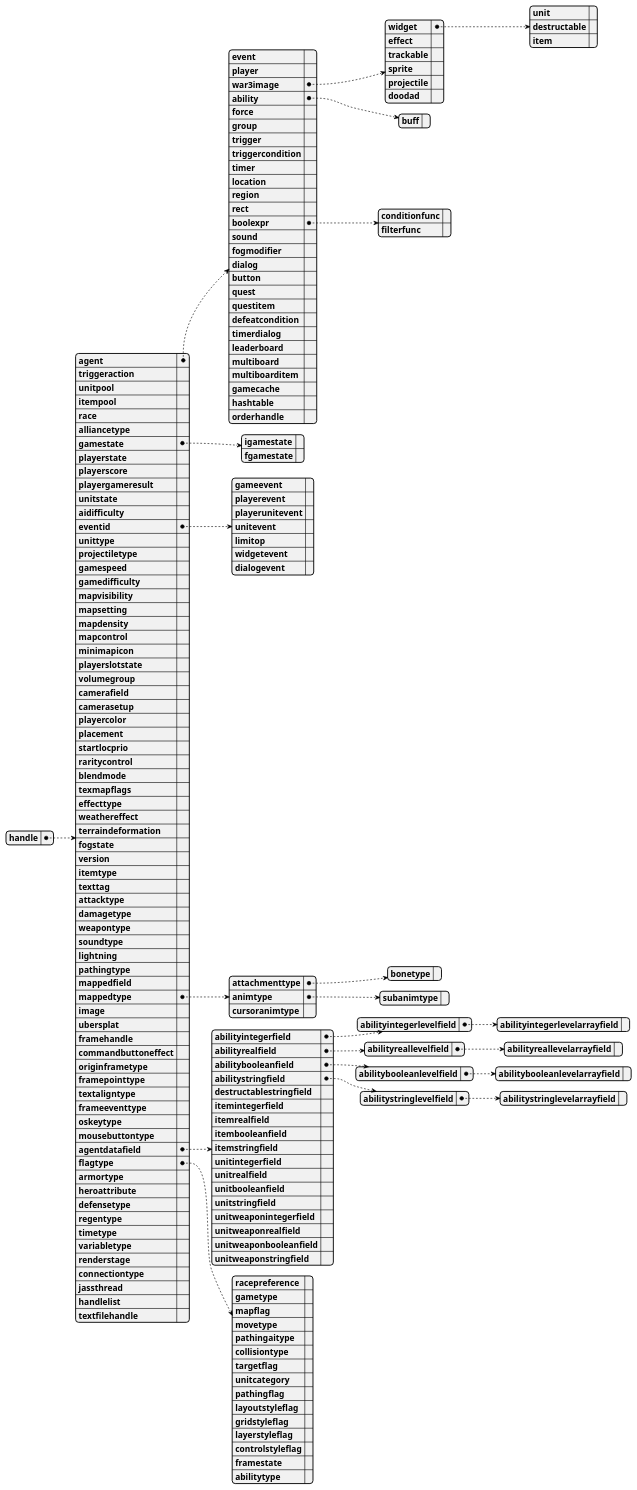
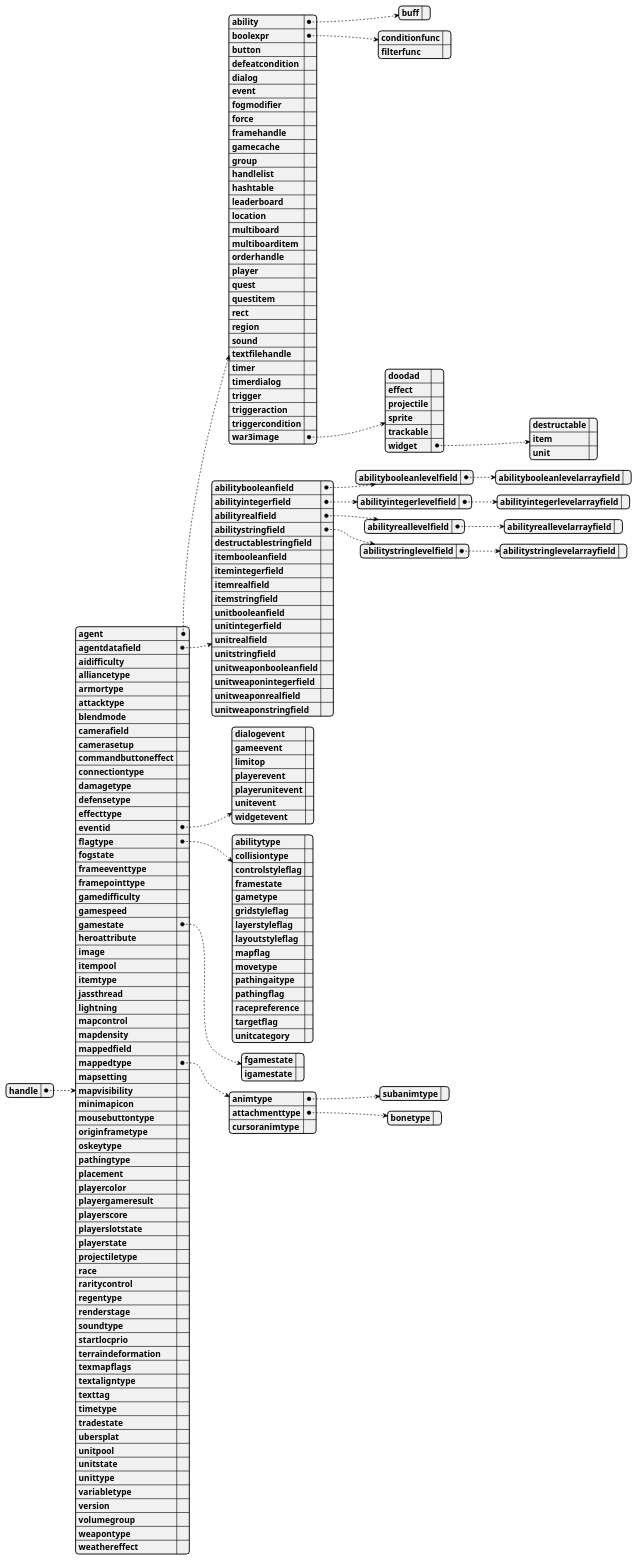
Before and after one commit to WarRaft/AngelScript-doc: the diagram in Writerside/topics/handle.md, drawn with PlantUML. The commit also changed other lines of this file and 1 other file, not shown here.

Commit message:
handle graph

````diff
--- a/Writerside/topics/handle.md
+++ b/Writerside/topics/handle.md
@@ -283,126 +283,60 @@
 {
     "handle": {
         "agent": {
-            "event": "",
-            "player": "",
-            "war3image": {
-                "widget": {
-                    "unit": "",
-                    "destructable": "",
-                    "item": ""
-                },
-                "effect": "",
-                "trackable": "",
-                "sprite": "",
-                "projectile": "",
-                "doodad": ""
-            },
             "ability": {
                 "buff": ""
             },
-            "force": "",
-            "group": "",
-            "trigger": "",
-            "triggercondition": "",
-            "timer": "",
-            "location": "",
-            "region": "",
-            "rect": "",
             "boolexpr": {
                 "conditionfunc": "",
                 "filterfunc": ""
             },
-            "sound": "",
+            "button": "",
+            "defeatcondition": "",
+            "dialog": "",
+            "event": "",
             "fogmodifier": "",
-            "dialog": "",
-            "button": "",
+            "force": "",
+            "framehandle": "",
+            "gamecache": "",
+            "group": "",
+            "handlelist": "",
+            "hashtable": "",
+            "leaderboard": "",
+            "location": "",
+            "multiboard": "",
+            "multiboarditem": "",
+            "orderhandle": "",
+            "player": "",
             "quest": "",
             "questitem": "",
-            "defeatcondition": "",
+            "rect": "",
+            "region": "",
+            "sound": "",
+            "textfilehandle": "",
+            "timer": "",
             "timerdialog": "",
-            "leaderboard": "",
-            "multiboard": "",
-            "multiboarditem": "",
-            "gamecache": "",
-            "hashtable": "",
-            "orderhandle": ""
+            "trigger": "",
+            "triggeraction": "",
+            "triggercondition": "",
+            "war3image": {
+                "doodad": "",
+                "effect": "",
+                "projectile": "",
+                "sprite": "",
+                "trackable": "",
+                "widget": {
+                    "destructable": "",
+                    "item": "",
+                    "unit": ""
+                }
+            }
         },
-        "triggeraction": "",
-        "unitpool": "",
-        "itempool": "",
-        "race": "",
-        "alliancetype": "",
-        "gamestate": {
-            "igamestate": "",
-            "fgamestate": ""
-        },
-        "playerstate": "",
-        "playerscore": "",
-        "playergameresult": "",
-        "unitstate": "",
-        "aidifficulty": "",
-        "eventid": {
-            "gameevent": "",
-            "playerevent": "",
-            "playerunitevent": "",
-            "unitevent": "",
-            "limitop": "",
-            "widgetevent": "",
-            "dialogevent": ""
-        },
-        "unittype": "",
-        "projectiletype": "",
-        "gamespeed": "",
-        "gamedifficulty": "",
-        "mapvisibility": "",
-        "mapsetting": "",
-        "mapdensity": "",
-        "mapcontrol": "",
-        "minimapicon": "",
-        "playerslotstate": "",
-        "volumegroup": "",
-        "camerafield": "",
-        "camerasetup": "",
-        "playercolor": "",
-        "placement": "",
-        "startlocprio": "",
-        "raritycontrol": "",
-        "blendmode": "",
-        "texmapflags": "",
-        "effecttype": "",
-        "weathereffect": "",
-        "terraindeformation": "",
-        "fogstate": "",
-        "version": "",
-        "itemtype": "",
-        "texttag": "",
-        "attacktype": "",
-        "damagetype": "",
-        "weapontype": "",
-        "soundtype": "",
-        "lightning": "",
-        "pathingtype": "",
-        "mappedfield": "",
-        "mappedtype": {
-            "attachmenttype": {
-                "bonetype": ""
+        "agentdatafield": {
+            "abilitybooleanfield": {
+                "abilitybooleanlevelfield": {
+                    "abilitybooleanlevelarrayfield": ""
+                }
             },
-            "animtype": {
-                "subanimtype": ""
-            },
-            "cursoranimtype": ""
-        },
-        "image": "",
-        "ubersplat": "",
-        "framehandle": "",
-        "commandbuttoneffect": "",
-        "originframetype": "",
-        "framepointtype": "",
-        "textaligntype": "",
-        "frameeventtype": "",
-        "oskeytype": "",
-        "mousebuttontype": "",
-        "agentdatafield": {
             "abilityintegerfield": {
                 "abilityintegerlevelfield": {
                     "abilityintegerlevelarrayfield": ""
@@ -413,60 +347,126 @@
                     "abilityreallevelarrayfield": ""
                 }
             },
-            "abilitybooleanfield": {
-                "abilitybooleanlevelfield": {
-                    "abilitybooleanlevelarrayfield": ""
-                }
-            },
             "abilitystringfield": {
                 "abilitystringlevelfield": {
                     "abilitystringlevelarrayfield": ""
                 }
             },
             "destructablestringfield": "",
+            "itembooleanfield": "",
             "itemintegerfield": "",
             "itemrealfield": "",
-            "itembooleanfield": "",
             "itemstringfield": "",
+            "unitbooleanfield": "",
             "unitintegerfield": "",
             "unitrealfield": "",
-            "unitbooleanfield": "",
             "unitstringfield": "",
+            "unitweaponbooleanfield": "",
             "unitweaponintegerfield": "",
             "unitweaponrealfield": "",
-            "unitweaponbooleanfield": "",
             "unitweaponstringfield": ""
         },
+        "aidifficulty": "",
+        "alliancetype": "",
+        "armortype": "",
+        "attacktype": "",
+        "blendmode": "",
+        "camerafield": "",
+        "camerasetup": "",
+        "commandbuttoneffect": "",
+        "connectiontype": "",
+        "damagetype": "",
+        "defensetype": "",
+        "effecttype": "",
+        "eventid": {
+            "dialogevent": "",
+            "gameevent": "",
+            "limitop": "",
+            "playerevent": "",
+            "playerunitevent": "",
+            "unitevent": "",
+            "widgetevent": ""
+        },
         "flagtype": {
-            "racepreference": "",
+            "abilitytype": "",
+            "collisiontype": "",
+            "controlstyleflag": "",
+            "framestate": "",
             "gametype": "",
+            "gridstyleflag": "",
+            "layerstyleflag": "",
+            "layoutstyleflag": "",
             "mapflag": "",
             "movetype": "",
             "pathingaitype": "",
-            "collisiontype": "",
+            "pathingflag": "",
+            "racepreference": "",
             "targetflag": "",
-            "unitcategory": "",
-            "pathingflag": "",
-            "layoutstyleflag": "",
-            "gridstyleflag": "",
-            "layerstyleflag": "",
-            "controlstyleflag": "",
-            "framestate": "",
-            "abilitytype": ""
+            "unitcategory": ""
         },
-        "armortype": "",
+        "fogstate": "",
+        "frameeventtype": "",
+        "framepointtype": "",
+        "gamedifficulty": "",
+        "gamespeed": "",
+        "gamestate": {
+            "fgamestate": "",
+            "igamestate": ""
+        },
         "heroattribute": "",
-        "defensetype": "",
+        "image": "",
+        "itempool": "",
+        "itemtype": "",
+        "jassthread": "",
+        "lightning": "",
+        "mapcontrol": "",
+        "mapdensity": "",
+        "mappedfield": "",
+        "mappedtype": {
+            "animtype": {
+                "subanimtype": ""
+            },
+            "attachmenttype": {
+                "bonetype": ""
+            },
+            "cursoranimtype": ""
+        },
+        "mapsetting": "",
+        "mapvisibility": "",
+        "minimapicon": "",
+        "mousebuttontype": "",
+        "originframetype": "",
+        "oskeytype": "",
+        "pathingtype": "",
+        "placement": "",
+        "playercolor": "",
+        "playergameresult": "",
+        "playerscore": "",
+        "playerslotstate": "",
+        "playerstate": "",
+        "projectiletype": "",
+        "race": "",
+        "raritycontrol": "",
         "regentype": "",
+        "renderstage": "",
+        "soundtype": "",
+        "startlocprio": "",
+        "terraindeformation": "",
+        "texmapflags": "",
+        "textaligntype": "",
+        "texttag": "",
         "timetype": "",
+        "tradestate": "",
+        "ubersplat": "",
+        "unitpool": "",
+        "unitstate": "",
+        "unittype": "",
         "variabletype": "",
-        "renderstage": "",
-        "connectiontype": "",
-        "jassthread": "",
-        "handlelist": "",
-        "textfilehandle": ""
+        "version": "",
+        "volumegroup": "",
+        "weapontype": "",
+        "weathereffect": ""
     }
 }
 @endjson
-
 ```
````
